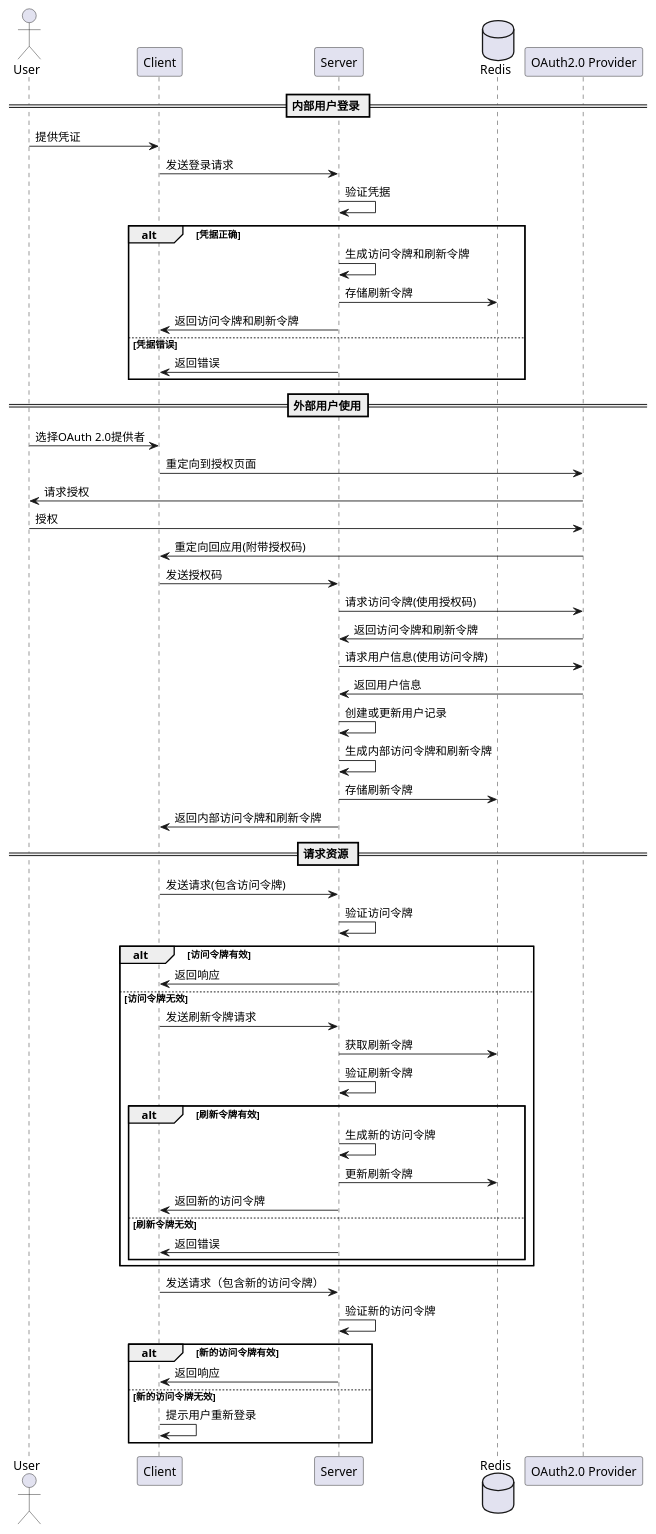
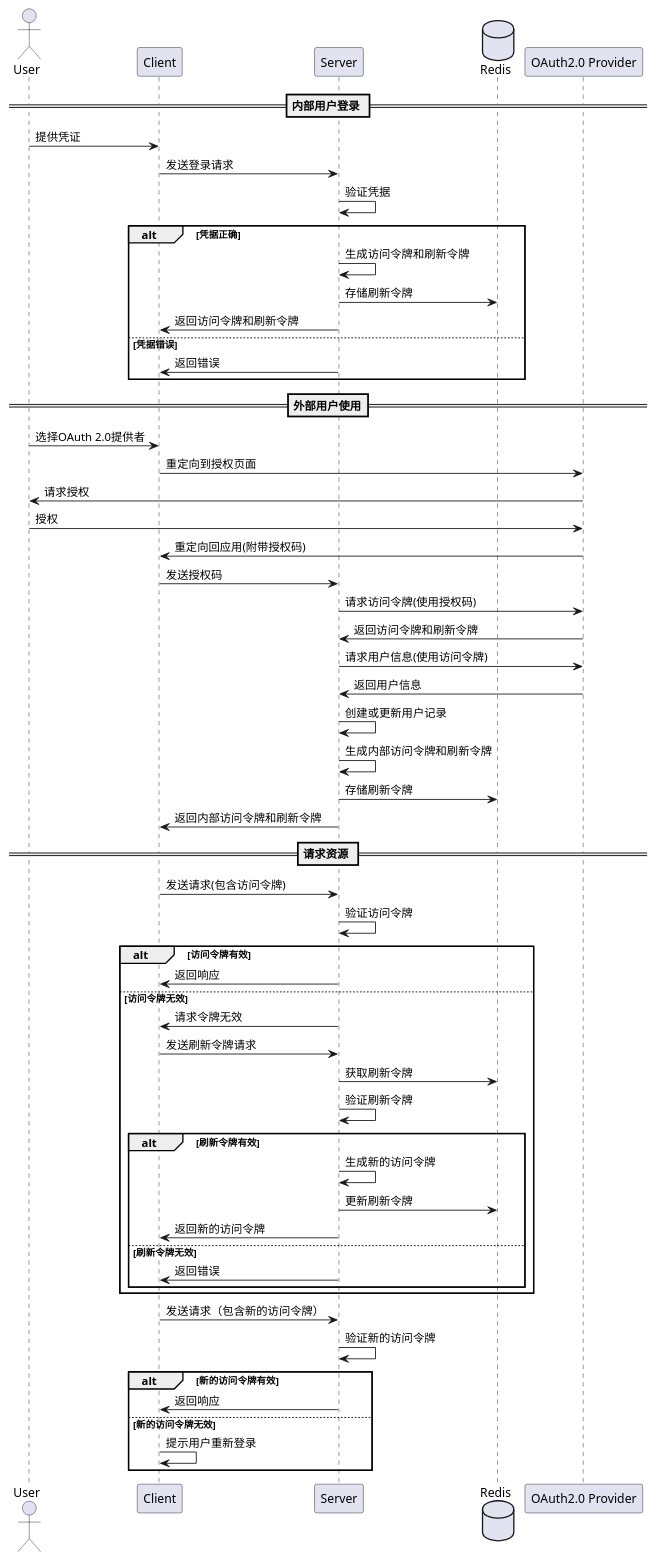
The first of 3 diagrams in doc/画图.org (apple115/discord-clone), drawn with PlantUML before and after one commit.

Commit message:
docs: 跟改设计图

```diff
--- a/doc/画图.org
+++ b/doc/画图.org
@@ -65,64 +65,65 @@
 #+begin_src plantuml :file ../img/登录图.png :width 400
 @startuml
 actor User
 participant "Client" as Client
 participant "Server" as Server
 database "Redis" as Redis
 participant "OAuth2.0 Provider" as OAuthProvider
 
 == 内部用户登录 ==
 User -> Client: 提供凭证
 Client -> Server: 发送登录请求
 Server -> Server: 验证凭据
 alt 凭据正确
     Server -> Server: 生成访问令牌和刷新令牌
     Server -> Redis: 存储刷新令牌
     Server -> Client: 返回访问令牌和刷新令牌
 else 凭据错误
     Server -> Client: 返回错误
 end
 
 == 外部用户使用==
 User -> Client: 选择OAuth 2.0提供者
 Client -> OAuthProvider: 重定向到授权页面
 OAuthProvider -> User: 请求授权
 User -> OAuthProvider: 授权
 OAuthProvider -> Client: 重定向回应用(附带授权码)
 Client -> Server: 发送授权码
 Server -> OAuthProvider: 请求访问令牌(使用授权码)
 OAuthProvider -> Server: 返回访问令牌和刷新令牌
 Server -> OAuthProvider: 请求用户信息(使用访问令牌)
 OAuthProvider -> Server: 返回用户信息
 Server -> Server: 创建或更新用户记录
 Server -> Server: 生成内部访问令牌和刷新令牌
 Server -> Redis: 存储刷新令牌
 Server -> Client: 返回内部访问令牌和刷新令牌
 == 请求资源 ==
 
 Client -> Server: 发送请求(包含访问令牌)
 Server -> Server: 验证访问令牌
 alt 访问令牌有效
     Server -> Client: 返回响应
 else 访问令牌无效
+    Server -> Client: 请求令牌无效
     Client -> Server: 发送刷新令牌请求
     Server -> Redis: 获取刷新令牌
     Server -> Server: 验证刷新令牌
     alt 刷新令牌有效
         Server -> Server: 生成新的访问令牌
         Server -> Redis: 更新刷新令牌
         Server -> Client: 返回新的访问令牌
     else 刷新令牌无效
         Server -> Client: 返回错误
     end
 end
 
 Client -> Server: 发送请求（包含新的访问令牌）
 Server -> Server: 验证新的访问令牌
 alt 新的访问令牌有效
     Server -> Client: 返回响应
 else 新的访问令牌无效
     Client -> Client: 提示用户重新登录
 end
 
 @enduml
 #+end_src
```
